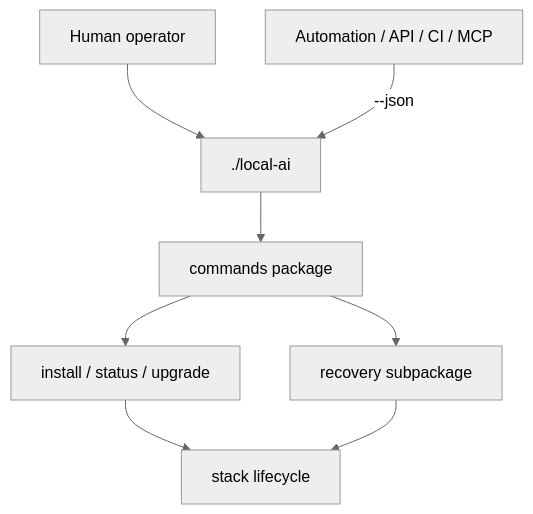
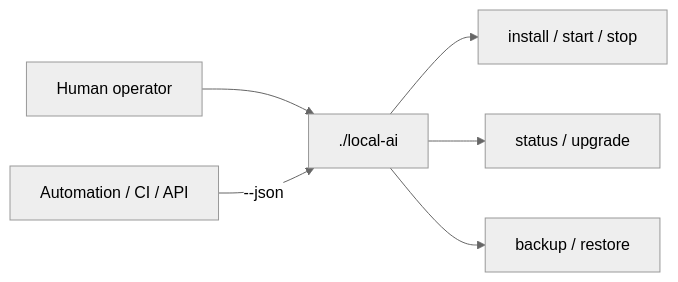
Before and after one commit to ea1het/local_hybrid_ai: the third of 3 diagrams in README.md, drawn with Mermaid (neutral theme). The commit also changed other lines of this file, not shown here.

````diff
--- a/README.md
+++ b/README.md
@@ -45,10 +89,8 @@
 ```mermaid
-flowchart TB
+flowchart LR
     H["Human operator"] --> CLI["./local-ai"]
-    A["Automation / API / CI / MCP"] -->|"--json"| CLI
-    CLI --> C["commands package"]
-    C --> I["install / status / upgrade"]
-    C --> DR["recovery subpackage"]
-    I --> S["stack lifecycle"]
-    DR --> S
+    A["Automation / CI / API"] -->|"--json"| CLI
+    CLI --> I["install / start / stop"]
+    CLI --> S["status / upgrade"]
+    CLI --> DR["backup / restore"]
 ```
````
